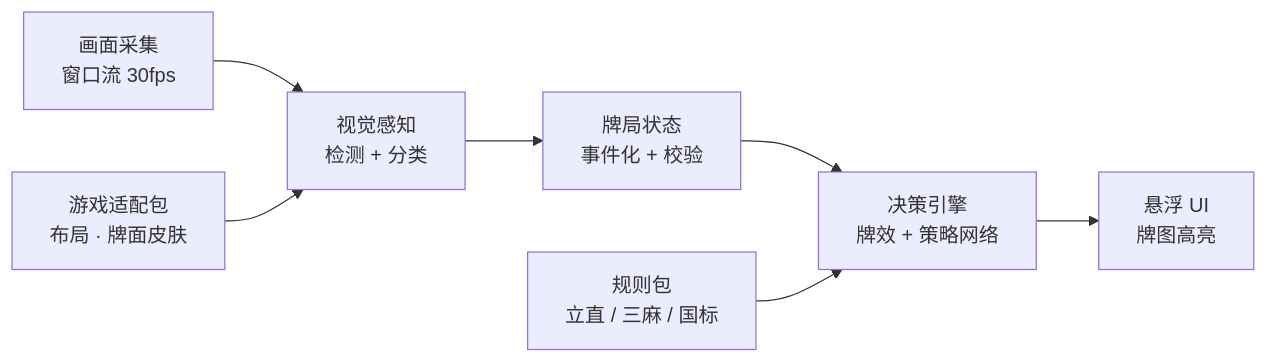
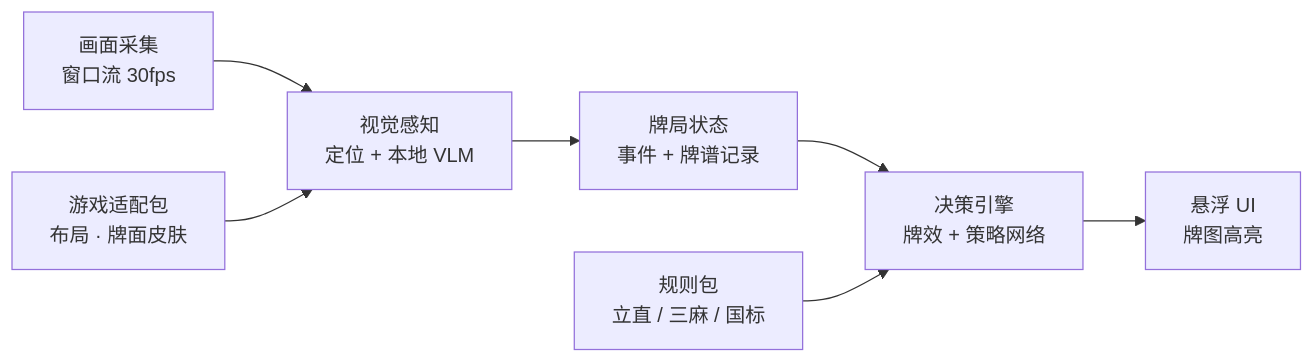
The diagram in docs/design.md (jason1yuan/mahjong-copilot), drawn with Mermaid before and after one commit. The commit also changed other lines of this file and 5 other files, not shown here.

````diff
--- a/docs/design.md
+++ b/docs/design.md
@@ -26,9 +27,9 @@
 ```mermaid
 flowchart LR
-  A["画面采集<br/>窗口流 30fps"] --> B["视觉感知<br/>检测 + 分类"]
-  B --> C["牌局状态<br/>事件化 + 校验"]
+  A["画面采集<br/>窗口流 30fps"] --> B["视觉感知<br/>定位 + 本地 VLM"]
+  B --> C["牌局状态<br/>事件 + 牌谱记录"]
   C --> D["决策引擎<br/>牌效 + 策略网络"]
   D --> E["悬浮 UI<br/>牌图高亮"]
   P["游戏适配包<br/>布局 · 牌面皮肤"] --> B
   R["规则包<br/>立直 / 三麻 / 国标"] --> D
 ```
````
